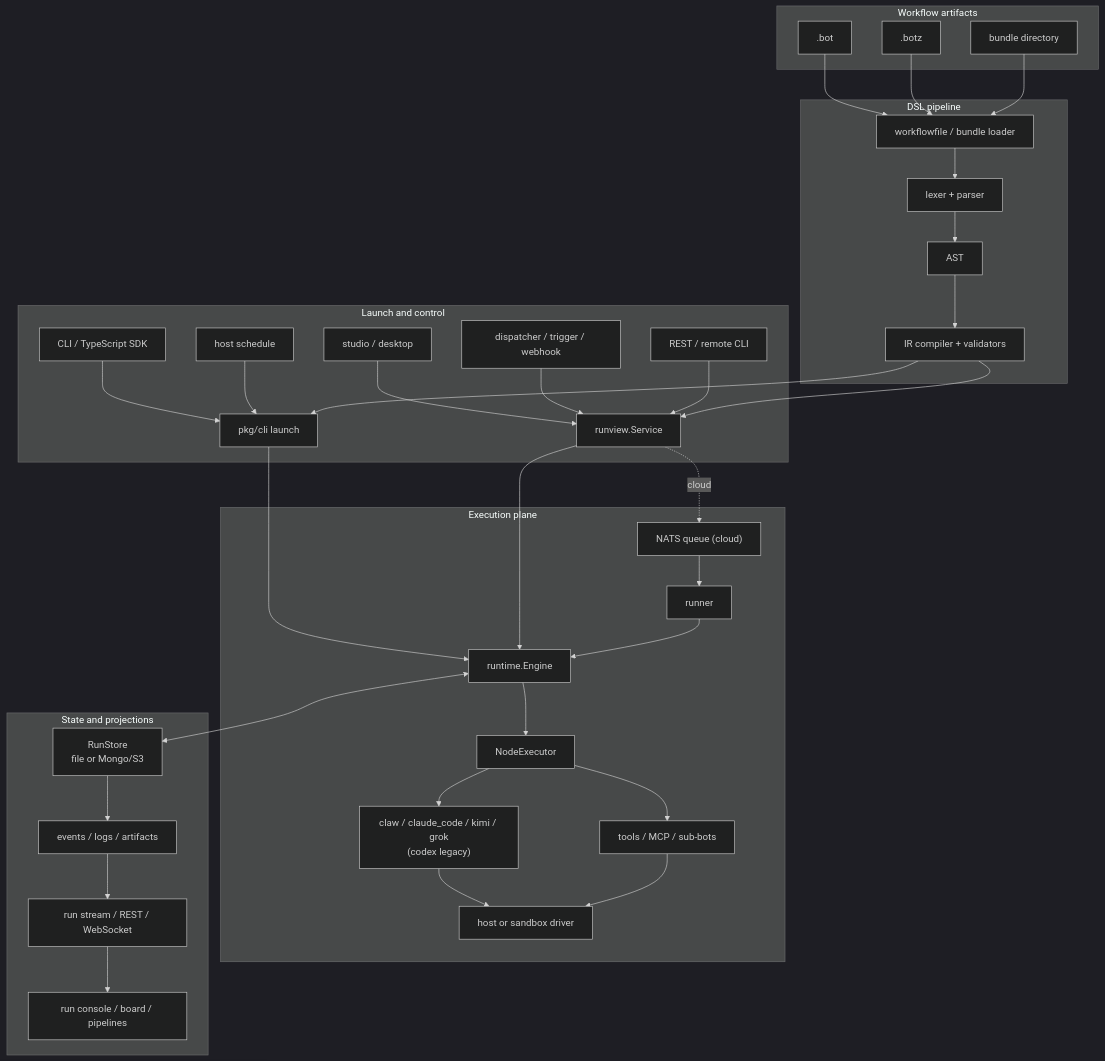
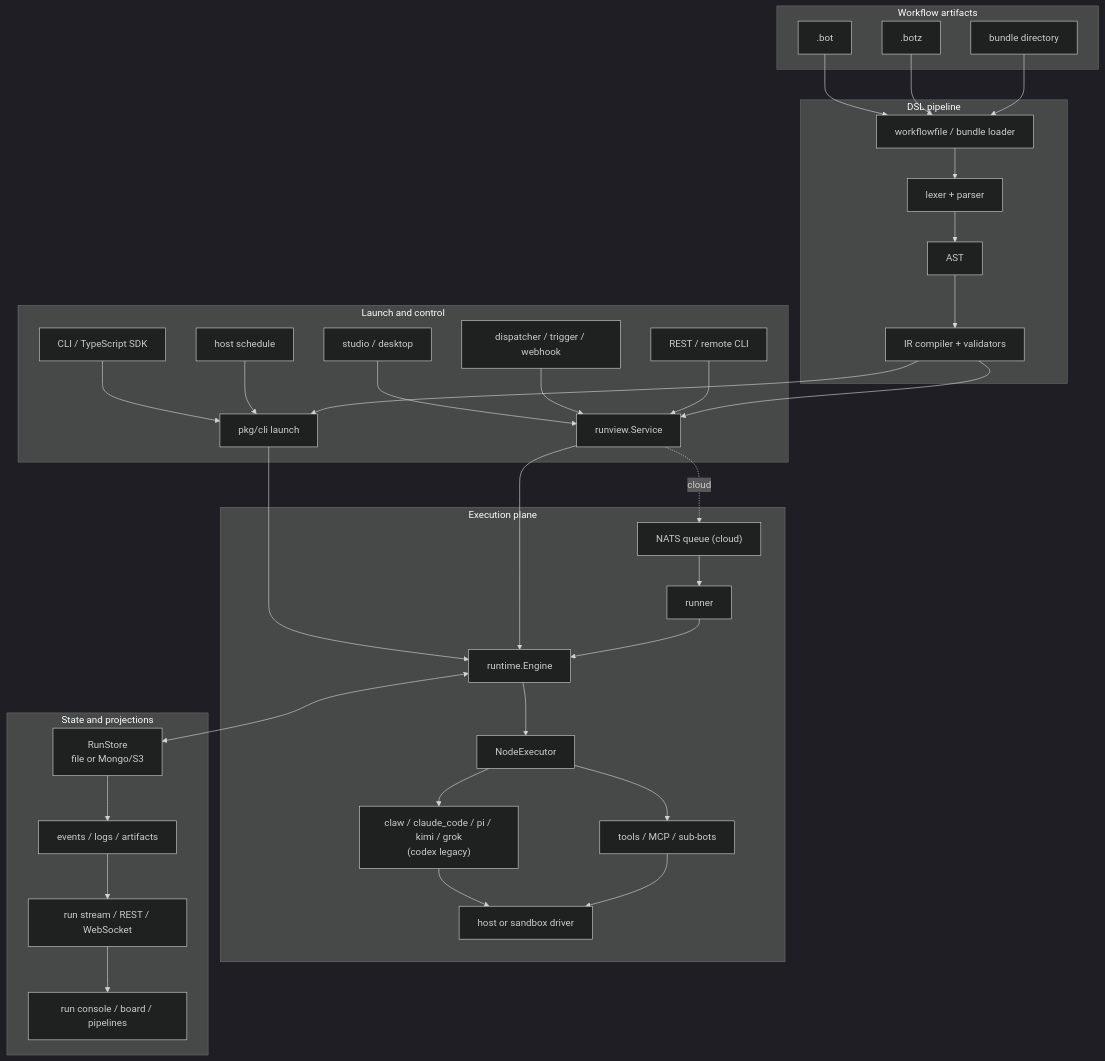
Before and after one commit to SocialGouv/iterion: the diagram in docs/architecture.md, drawn with Mermaid (dark theme). The commit also changed 3 other files, not shown here.

````diff
--- a/docs/architecture.md
+++ b/docs/architecture.md
@@ -10,64 +10,64 @@
 ```mermaid
 flowchart TB
   subgraph Sources["Workflow artifacts"]
     BOT[".bot"]
     BOTZ[".botz"]
     DIR["bundle directory"]
   end
 
   subgraph Compile["DSL pipeline"]
     LOAD["workflowfile / bundle loader"]
     PARSE["lexer + parser"]
     AST["AST"]
     IR["IR compiler + validators"]
   end
 
   subgraph Control["Launch and control"]
     CLI["CLI / TypeScript SDK"]
     CRON["host schedule"]
     STUDIO["studio / desktop"]
     AUTO["dispatcher / trigger / webhook"]
     API["REST / remote CLI"]
     CLILAUNCH["pkg/cli launch"]
     SERVICE["runview.Service"]
   end
 
   subgraph Execution["Execution plane"]
     QUEUE["NATS queue (cloud)"]
     RUNNER["runner"]
     ENGINE["runtime.Engine"]
     EXEC["NodeExecutor"]
-    BACKENDS["claw / claude_code / kimi / grok\n(codex legacy)"]
+    BACKENDS["claw / claude_code / pi / kimi / grok\n(codex legacy)"]
     TOOLS["tools / MCP / sub-bots"]
     SANDBOX["host or sandbox driver"]
   end
 
   subgraph State["State and projections"]
     STORE["RunStore\nfile or Mongo/S3"]
     EVENTS["events / logs / artifacts"]
     STREAM["run stream / REST / WebSocket"]
     UI["run console / board / pipelines"]
   end
 
   BOT --> LOAD
   BOTZ --> LOAD
   DIR --> LOAD
   LOAD --> PARSE --> AST --> IR
   CLI --> CLILAUNCH
   CRON --> CLILAUNCH
   STUDIO --> SERVICE
   AUTO --> SERVICE
   API --> SERVICE
   IR --> SERVICE
   IR --> CLILAUNCH
   CLILAUNCH --> ENGINE
   SERVICE --> ENGINE
   SERVICE -. cloud .-> QUEUE --> RUNNER --> ENGINE
   ENGINE --> EXEC
   EXEC --> BACKENDS
   EXEC --> TOOLS
   BACKENDS --> SANDBOX
   TOOLS --> SANDBOX
   ENGINE <--> STORE
   STORE --> EVENTS --> STREAM --> UI
 ```
````
